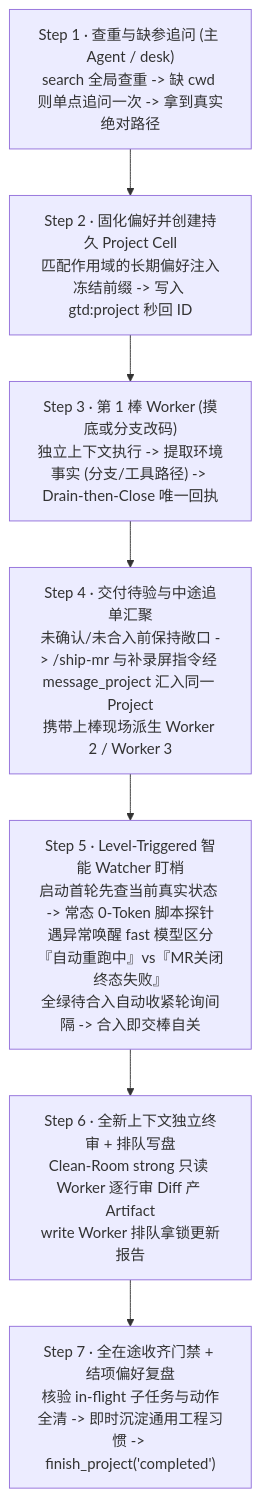
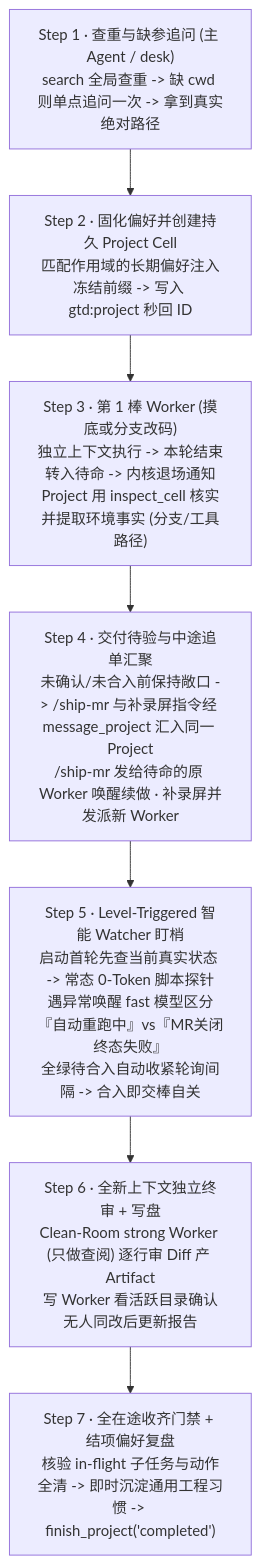
The diagram in docs/02-workflows/uc02-code-delivery-and-relay.md (project-aoi/ng-agents), drawn with Mermaid before and after one commit. The commit also changed other lines of this file and 188 other files, not shown here.

````diff
--- a/docs/02-workflows/uc02-code-delivery-and-relay.md
+++ b/docs/02-workflows/uc02-code-delivery-and-relay.md
@@ -27,12 +27,12 @@
 ```mermaid
 flowchart TD
     S1["Step 1 · 查重与缺参追问 (主 Agent / desk)\nsearch 全局查重 -> 缺 cwd 则单点追问一次 -> 拿到真实绝对路径"]
     S2["Step 2 · 固化偏好并创建持久 Project Cell\n匹配作用域的长期偏好注入冻结前缀 -> 写入 gtd:project 秒回 ID"]
-    S3["Step 3 · 第 1 棒 Worker (摸底或分支改码)\n独立上下文执行 -> 提取环境事实 (分支/工具路径) -> Drain-then-Close 唯一回执"]
-    S4["Step 4 · 交付待验与中途追单汇聚\n未确认/未合入前保持敞口 -> /ship-mr 与补录屏指令经 message_project 汇入同一 Project\n携带上棒现场派生 Worker 2 / Worker 3"]
+    S3["Step 3 · 第 1 棒 Worker (摸底或分支改码)\n独立上下文执行 -> 本轮结束转入待命 -> 内核退场通知\nProject 用 inspect_cell 核实并提取环境事实 (分支/工具路径)"]
+    S4["Step 4 · 交付待验与中途追单汇聚\n未确认/未合入前保持敞口 -> /ship-mr 与补录屏指令经 message_project 汇入同一 Project\n/ship-mr 发给待命的原 Worker 唤醒续做 · 补录屏并发派新 Worker"]
     S5["Step 5 · Level-Triggered 智能 Watcher 盯梢\n启动首轮先查当前真实状态 -> 常态 0-Token 脚本探针\n遇异常唤醒 fast 模型区分『自动重跑中』vs『MR关闭终态失败』\n全绿待合入自动收紧轮询间隔 -> 合入即交棒自关"]
-    S6["Step 6 · 全新上下文独立终审 + 排队写盘\nClean-Room strong 只读 Worker 逐行审 Diff 产 Artifact\nwrite Worker 排队拿锁更新报告"]
+    S6["Step 6 · 全新上下文独立终审 + 写盘\nClean-Room strong Worker (只做查阅) 逐行审 Diff 产 Artifact\n写 Worker 看活跃目录确认无人同改后更新报告"]
     S7["Step 7 · 全在途收齐门禁 + 结项偏好复盘\n核验 in-flight 子任务与动作全清 -> 即时沉淀通用工程习惯 -> finish_project('completed')"]
 
     S1 --> S2 --> S3 --> S4 --> S5 --> S6 --> S7
 ```
````
